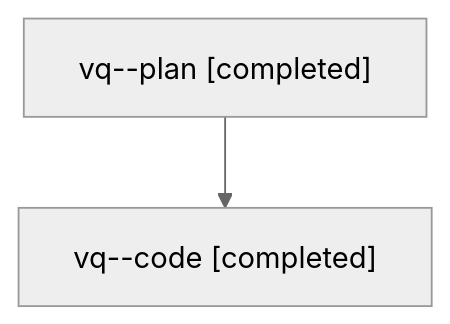
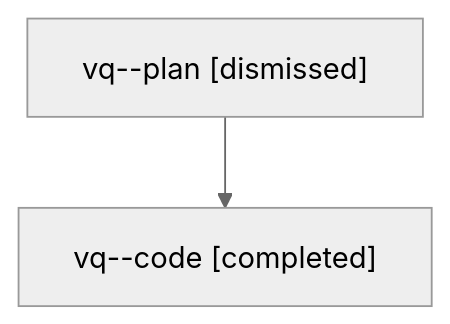
The diagram in families/bbugyi200.athena.vq.md (sase-org/sase--agents), drawn with Mermaid (neutral theme) before and after one commit. The commit also changed other lines of this file and 1120 other files, not shown here.

````diff
--- a/families/bbugyi200.athena.vq.md
+++ b/families/bbugyi200.athena.vq.md
@@ -9,6 +9,6 @@
 ```mermaid
 flowchart TD
-  n0["vq--plan [completed]"]
+  n0["vq--plan [dismissed]"]
   n1["vq--code [completed]"]
   n0 --> n1
 ```
````
